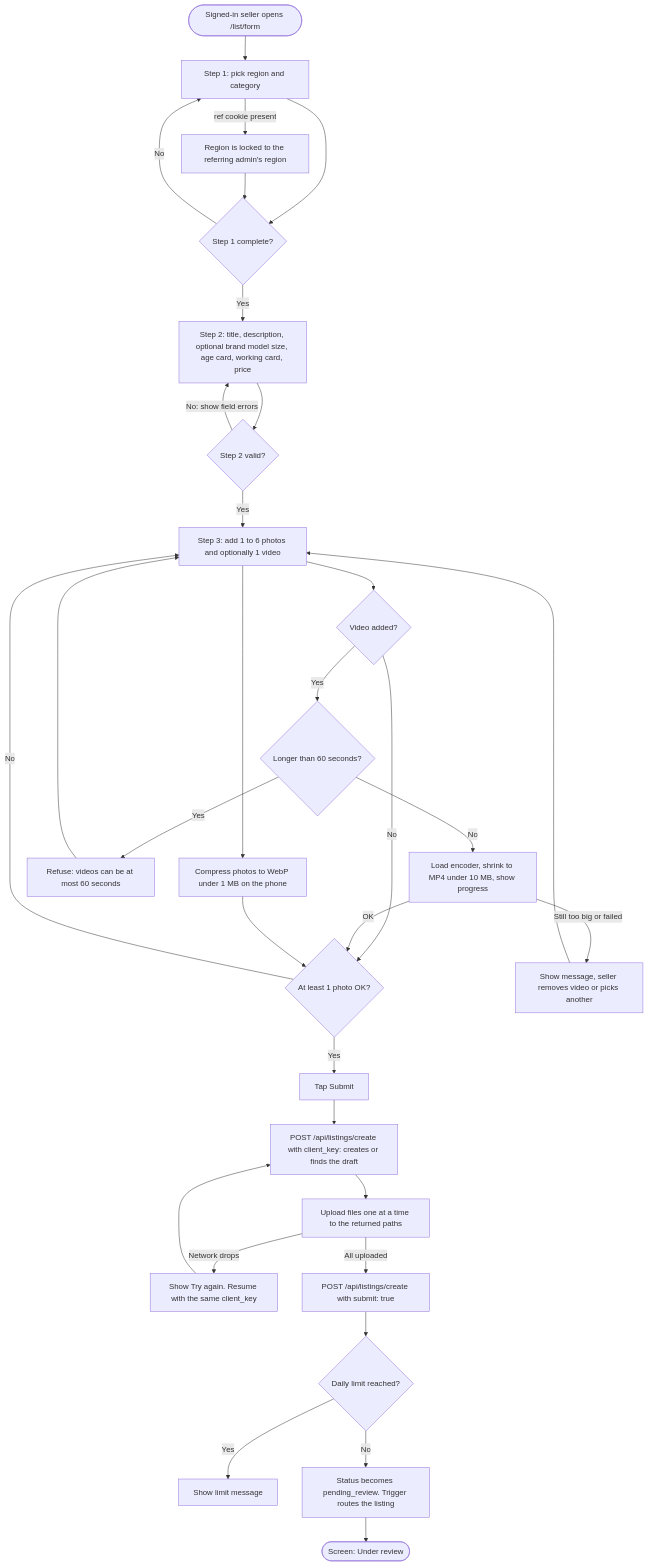
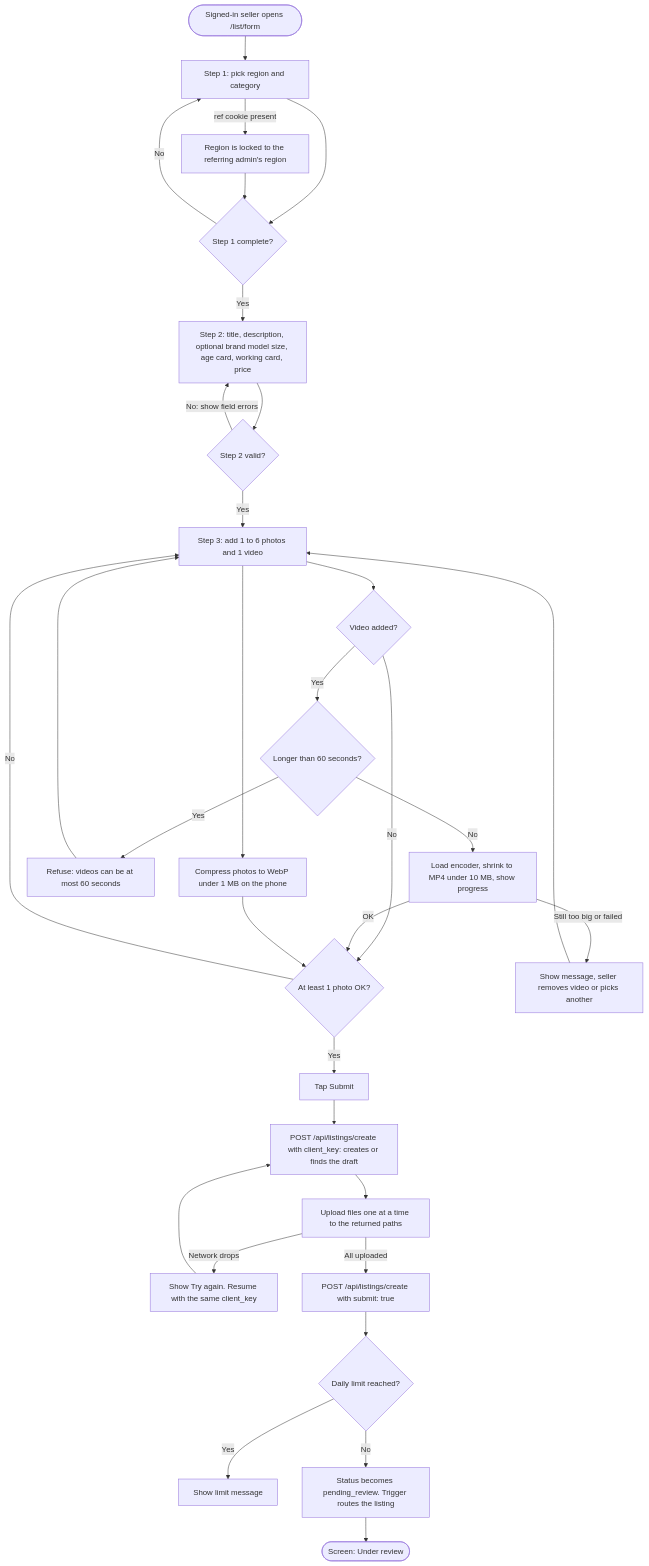
One commit to Ighodalo-Labs/obn-nation changed the second of 7 diagrams in docs/phase-1/04_USER_AND_ADMIN_FLOWCHARTS.md. Above: the diagram before and after it, drawn with Mermaid. The commit also changed 23 other files, not shown here.

````diff
--- a/docs/phase-1/04_USER_AND_ADMIN_FLOWCHARTS.md
+++ b/docs/phase-1/04_USER_AND_ADMIN_FLOWCHARTS.md
@@ -69,31 +69,31 @@
 ```mermaid
 flowchart TD
   S0(["Signed-in seller opens /list/form"]) --> S1["Step 1: pick region and category"]
   S1 -->|"ref cookie present"| S1a["Region is locked to the referring admin's region"]
   S1 --> V1{"Step 1 complete?"}
   S1a --> V1
   V1 -->|"No"| S1
   V1 -->|"Yes"| S2["Step 2: title, description, optional brand model size, age card, working card, price"]
   S2 --> V2{"Step 2 valid?"}
   V2 -->|"No: show field errors"| S2
-  V2 -->|"Yes"| S3["Step 3: add 1 to 6 photos and optionally 1 video"]
+  V2 -->|"Yes"| S3["Step 3: add 1 to 6 photos and 1 video"]
   S3 --> P["Compress photos to WebP under 1 MB on the phone"]
   S3 --> Q{"Video added?"}
   Q -->|"No"| R
   Q -->|"Yes"| Q1{"Longer than 60 seconds?"}
   Q1 -->|"Yes"| Q2["Refuse: videos can be at most 60 seconds"] --> S3
   Q1 -->|"No"| Q3["Load encoder, shrink to MP4 under 10 MB, show progress"]
   Q3 -->|"Still too big or failed"| Q4["Show message, seller removes video or picks another"] --> S3
   Q3 -->|"OK"| R
   P --> R{"At least 1 photo OK?"}
   R -->|"No"| S3
   R -->|"Yes"| T["Tap Submit"]
   T --> U["POST /api/listings/create with client_key: creates or finds the draft"]
   U --> W["Upload files one at a time to the returned paths"]
   W -->|"Network drops"| W1["Show Try again. Resume with the same client_key"] --> U
   W -->|"All uploaded"| X["POST /api/listings/create with submit: true"]
   X --> Y{"Daily limit reached?"}
   Y -->|"Yes"| Y1["Show limit message"]
   Y -->|"No"| Z["Status becomes pending_review. Trigger routes the listing"]
   Z --> Z1(["Screen: Under review"])
 ```
````
